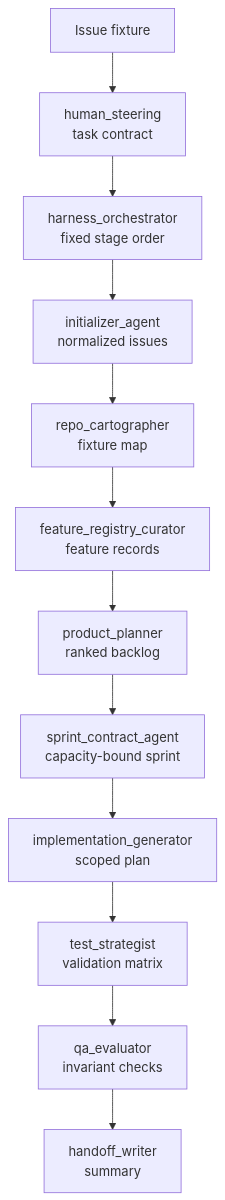
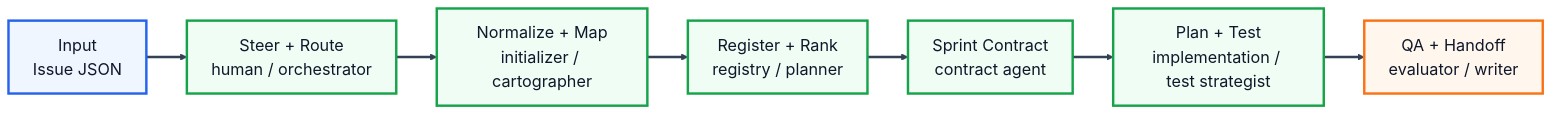
The second of 3 diagrams in README.md (shiki-dml/My-Harness-Workflow), drawn with Mermaid before and after one commit. The commit also changed other lines of this file and 2 other files, not shown here.

Commit message:
Improve README architecture visuals

````diff
--- a/README.md
+++ b/README.md
@@ -171,14 +160,17 @@
 ```mermaid
-flowchart TD
-    A["Issue fixture"] --> B["human_steering<br/>task contract"]
-    B --> C["harness_orchestrator<br/>fixed stage order"]
-    C --> D["initializer_agent<br/>normalized issues"]
-    D --> E["repo_cartographer<br/>fixture map"]
-    E --> F["feature_registry_curator<br/>feature records"]
-    F --> G["product_planner<br/>ranked backlog"]
-    G --> H["sprint_contract_agent<br/>capacity-bound sprint"]
-    H --> I["implementation_generator<br/>scoped plan"]
-    I --> J["test_strategist<br/>validation matrix"]
-    J --> K["qa_evaluator<br/>invariant checks"]
-    K --> L["handoff_writer<br/>summary"]
+%%{init: {"theme":"base","flowchart":{"curve":"linear","htmlLabels":true},"themeVariables":{"background":"#ffffff","mainBkg":"#ffffff","primaryTextColor":"#0f172a","fontSize":"20px","lineColor":"#334155"}}}%%
+flowchart LR
+    A["Input<br/>Issue JSON"] --> B["Steer + Route<br/>human / orchestrator"]
+    B --> C["Normalize + Map<br/>initializer / cartographer"]
+    C --> D["Register + Rank<br/>registry / planner"]
+    D --> E["Sprint Contract<br/>contract agent"]
+    E --> F["Plan + Test<br/>implementation / test strategist"]
+    F --> G["QA + Handoff<br/>evaluator / writer"]
+    classDef source fill:#eff6ff,stroke:#2563eb,stroke-width:3px,color:#0f172a
+    classDef stage fill:#f0fdf4,stroke:#16a34a,stroke-width:3px,color:#0f172a
+    classDef output fill:#fff7ed,stroke:#f97316,stroke-width:3px,color:#0f172a
+    class A source
+    class B,C,D,E,F stage
+    class G output
+    linkStyle default stroke:#334155,stroke-width:3px
 ```
````
